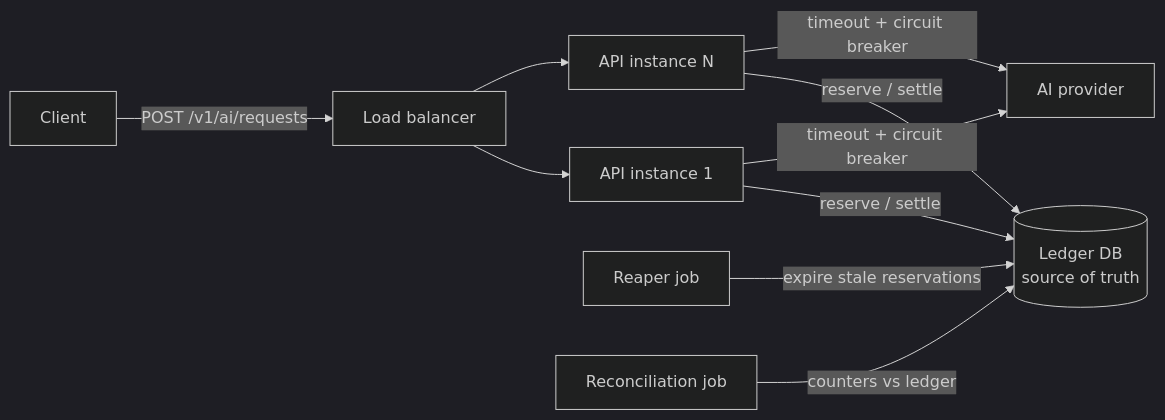
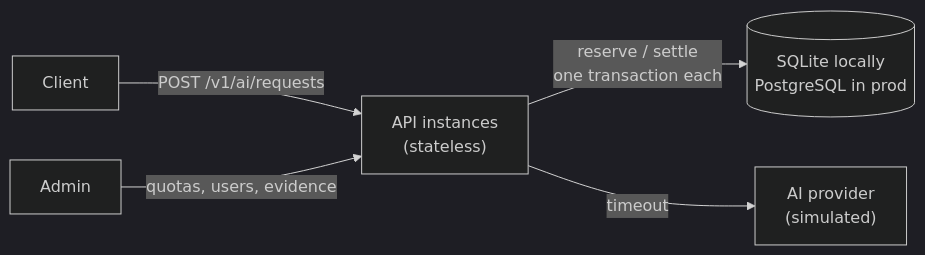
One commit to ArtemTart/ai-metering-home-assignment changed the first of 2 diagrams in task1-metering/docs/DESIGN.md. Above: the diagram before and after it, drawn with Mermaid (dark theme). The commit also changed other lines of this file, not shown here.

````diff
--- a/task1-metering/docs/DESIGN.md
+++ b/task1-metering/docs/DESIGN.md
@@ -23,10 +20,7 @@
 ```mermaid
 flowchart LR
-  C[Client] -->|POST /v1/ai/requests| LB[Load balancer]
-  LB --> A1[API instance 1]
-  LB --> A2[API instance N]
-  A1 & A2 -->|reserve / settle| DB[(Ledger DB<br/>source of truth)]
-  A1 & A2 -->|timeout + circuit breaker| AI[AI provider]
-  R[Reaper job] -->|expire stale reservations| DB
-  REC[Reconciliation job] -->|counters vs ledger| DB
+  C[Client] -->|POST /v1/ai/requests| API["API instances<br/>(stateless)"]
+  API -->|"reserve / settle<br/>one transaction each"| DB[("SQLite locally<br/>PostgreSQL in prod")]
+  API -->|timeout| AI["AI provider<br/>(simulated)"]
+  ADM[Admin] -->|quotas, users, evidence| API
 ```
````
